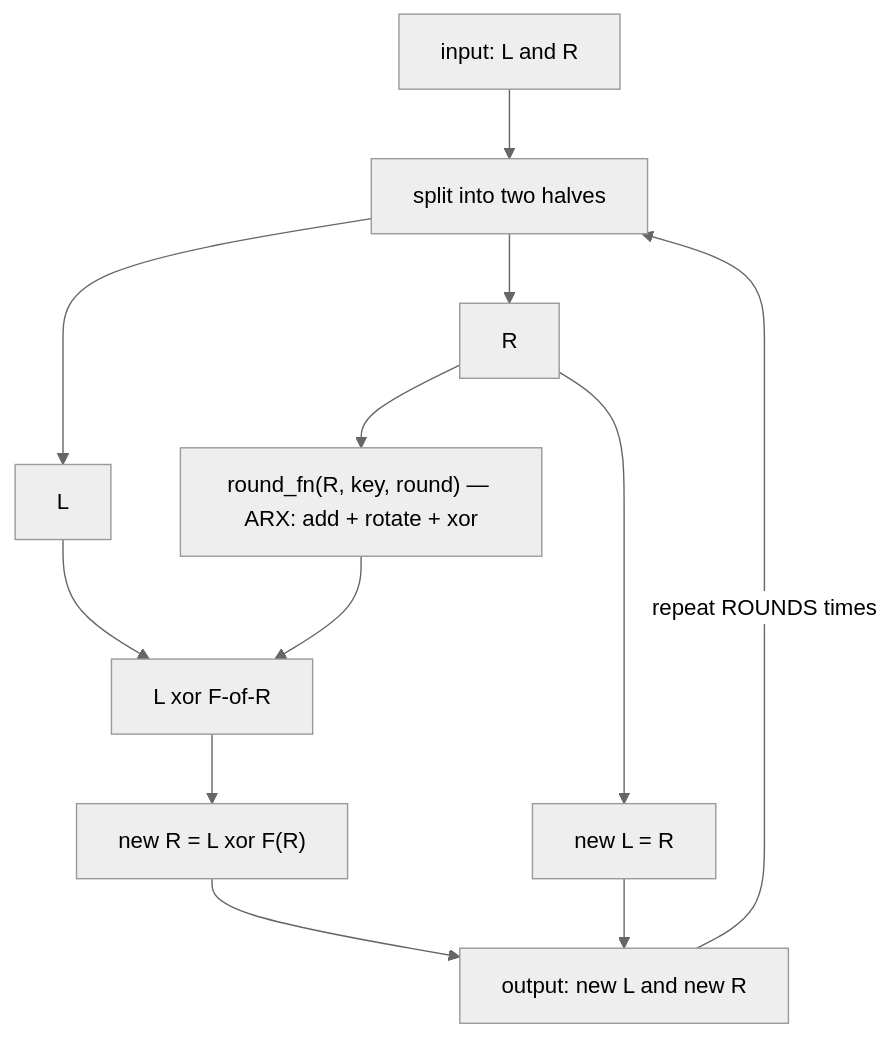
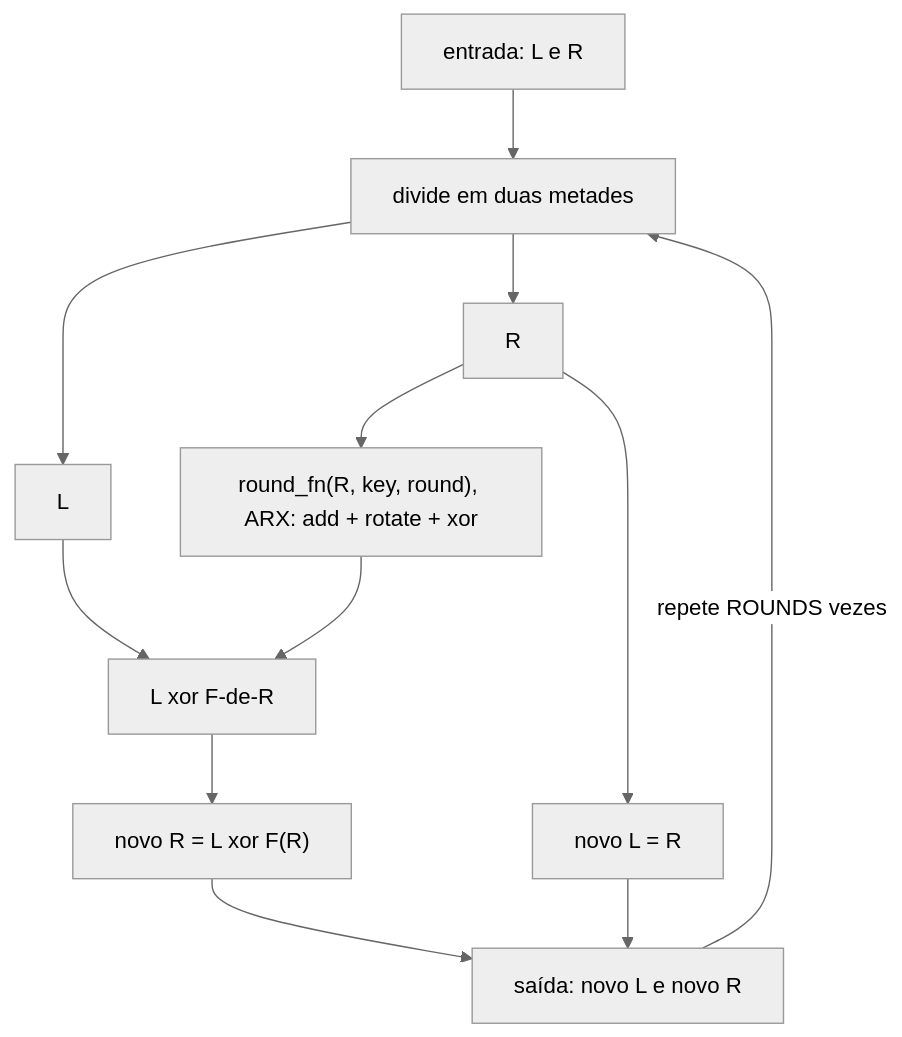
Before and after one commit to lucasolopes/quark: the fourth of 5 diagrams in docs/ARCHITECTURE.PT_BR.md, drawn with Mermaid (neutral theme). The commit also changed other lines of this file and 1 other file, not shown here.

First line of the commit message:
docs(architecture): rewrite to final module map, Record, backends, scale layer

````diff
--- a/docs/ARCHITECTURE.PT_BR.md
+++ b/docs/ARCHITECTURE.PT_BR.md
@@ -93,14 +132,14 @@
 ```mermaid
 flowchart TB
-    In["input: L and R"] --> Split[split into two halves]
+    In["entrada: L e R"] --> Split[divide em duas metades]
     Split --> L0[L]
     Split --> R0[R]
-    R0 --> F["round_fn(R, key, round) — ARX: add + rotate + xor"]
-    L0 --> XOR[L xor F-of-R]
+    R0 --> F["round_fn(R, key, round), ARX: add + rotate + xor"]
+    L0 --> XOR[L xor F-de-R]
     F --> XOR
-    XOR --> NewR["new R = L xor F(R)"]
-    R0 --> NewL["new L = R"]
-    NewL --> Out["output: new L and new R"]
+    XOR --> NewR["novo R = L xor F(R)"]
+    R0 --> NewL["novo L = R"]
+    NewL --> Out["saída: novo L e novo R"]
     NewR --> Out
-    Out -->|repeat ROUNDS times| Split
+    Out -->|repete ROUNDS vezes| Split
 ```
````
